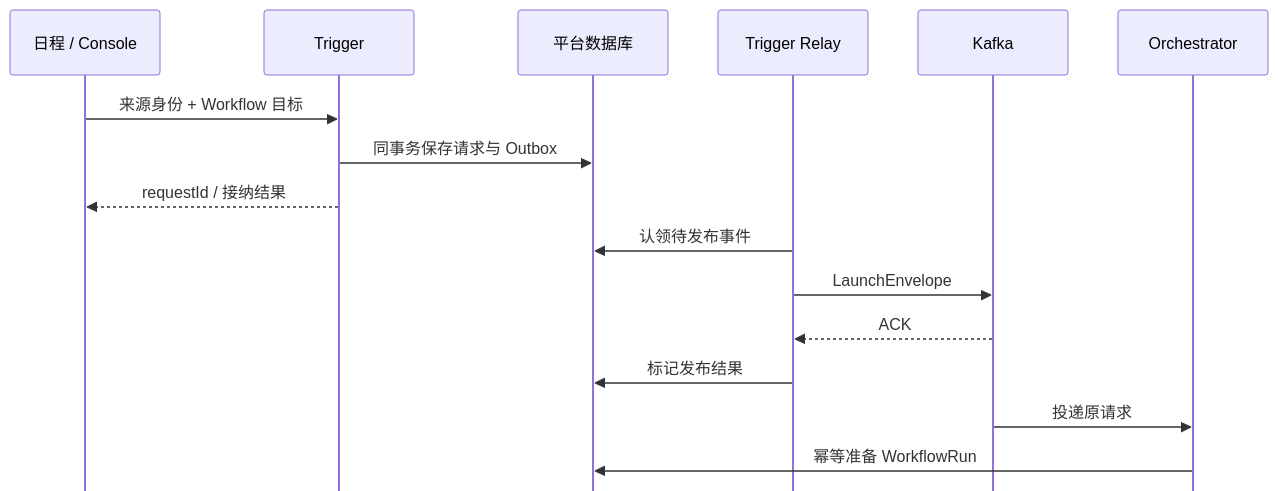
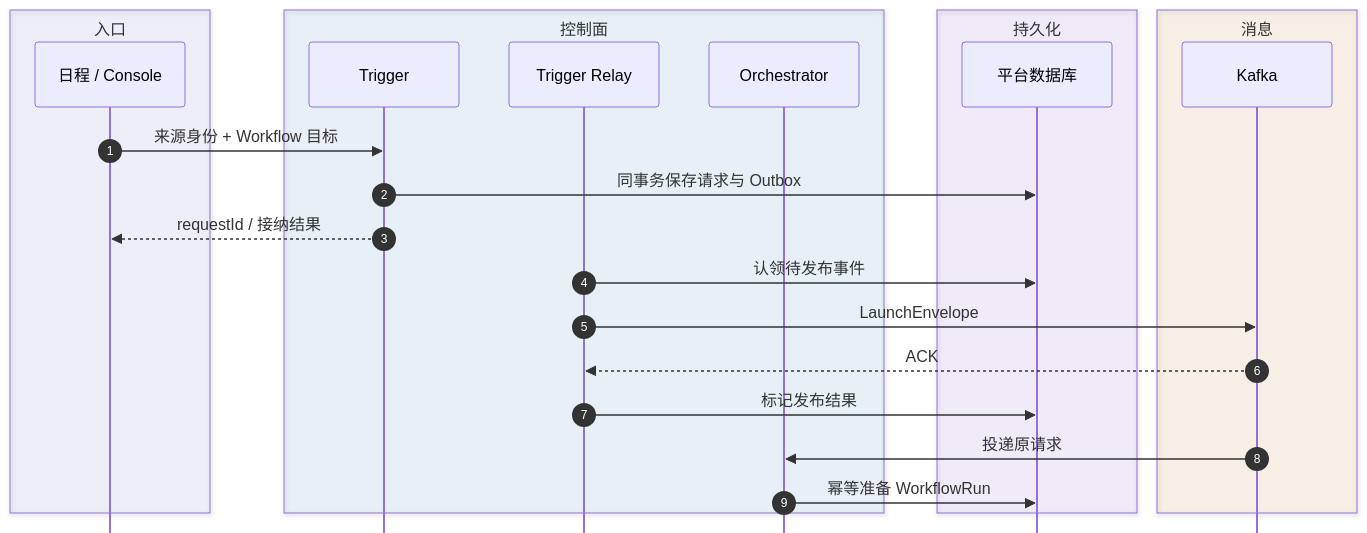
Before and after one commit to pinpols/file-batch-system: the second of 23 diagrams in docs/architecture/system-flow-overview.md, drawn with Mermaid. The commit also changed other lines of this file and 34 other files, not shown here.

First line of the commit message:
docs(diagram): 完成 P3 Mermaid 图样式收口并补充制图规范 (#1390)

````diff
--- a/docs/architecture/system-flow-overview.md
+++ b/docs/architecture/system-flow-overview.md
@@ -77,19 +77,28 @@
 ```mermaid
 %%{init: {"flowchart":{"curve":"linear","nodeSpacing":32,"rankSpacing":48},"sequence":{"mirrorActors":false}}}%%
 sequenceDiagram
-  participant Caller as 日程 / Console
-  participant T as Trigger
-  participant DB as 平台数据库
-  participant Relay as Trigger Relay
-  participant K as Kafka
-  participant O as Orchestrator
+  autonumber
+  box rgba(99,102,241,0.08) 入口
+    participant Caller as 日程 / Console
+  end
+  box rgba(2,132,199,0.08) 控制面
+    participant T as Trigger
+    participant Relay as Trigger Relay
+    participant O as Orchestrator
+  end
+  box rgba(124,58,237,0.08) 持久化
+    participant DB as 平台数据库
+  end
+  box rgba(217,119,6,0.08) 消息
+    participant K as Kafka
+  end
   Caller->>T: 来源身份 + Workflow 目标
   T->>DB: 同事务保存请求与 Outbox
   T-->>Caller: requestId / 接纳结果
   Relay->>DB: 认领待发布事件
   Relay->>K: LaunchEnvelope
   K-->>Relay: ACK
   Relay->>DB: 标记发布结果
   K->>O: 投递原请求
   O->>DB: 幂等准备 WorkflowRun
 ```
````
